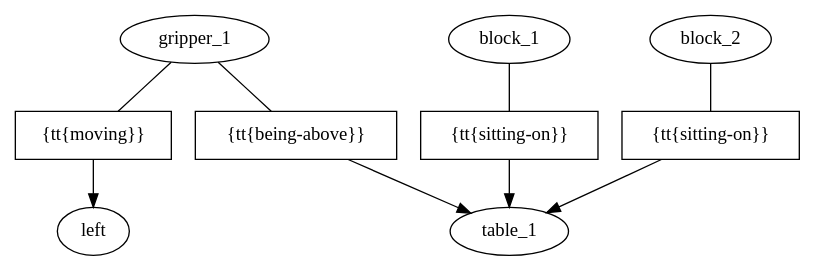
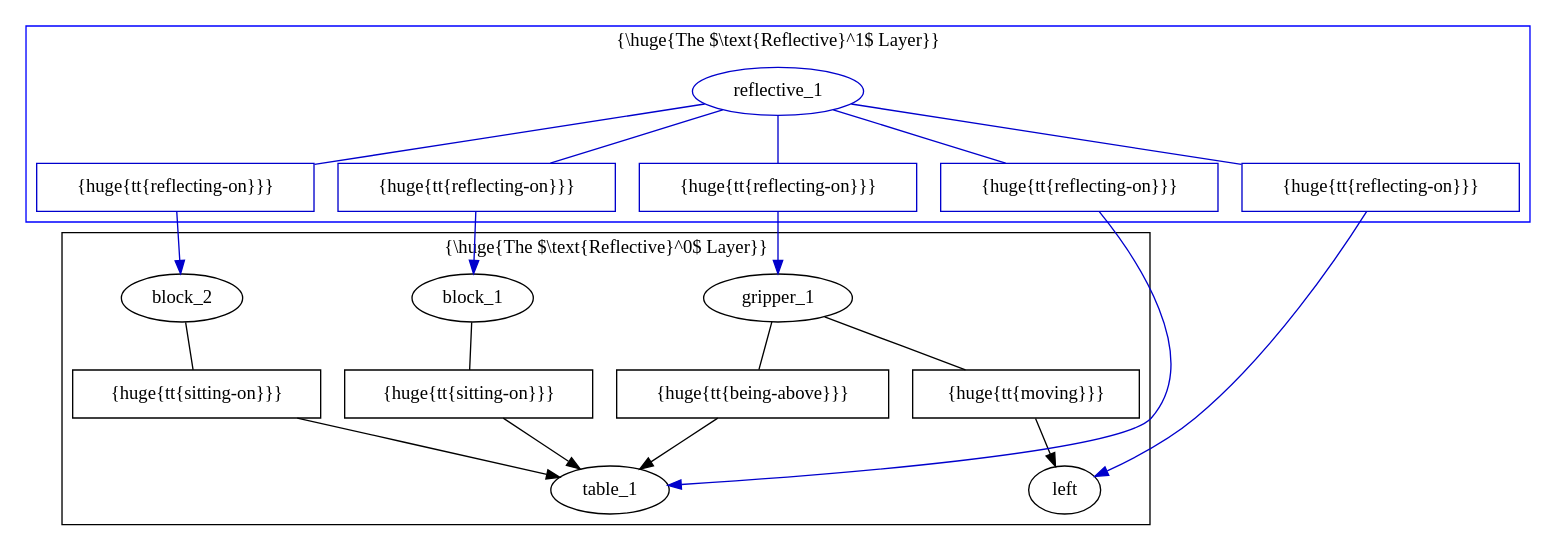
Before and after one commit to bunuelo/funk2: the diagram in documentation/phdthesis/gfx/simulation_reflective_1_example_state.dot, drawn with Graphviz. The commit also changed 4 other files, not shown here.

```diff
--- a/documentation/phdthesis/gfx/simulation_reflective_1_example_state.dot
+++ b/documentation/phdthesis/gfx/simulation_reflective_1_example_state.dot
@@ -1,28 +1,66 @@
 digraph G {
   
-  node [fillcolor = white, color = "#000000", style = filled];
-  edge [color = "#000000"];
+  subgraph cluster_0 {
+
+    color=black;
+    label = "{\\huge{The $\\text{Reflective}^0$ Layer}}";
+    
+    // physical
+    node [fillcolor = white, color = "#000000", style = filled];
+    edge [color = "#000000"];
+    
+    gripper_1 [texlbl = "{\huge{\tt{Gripper-1}}}"];
+    block_1   [texlbl = "{\huge{\tt{Block-1}}}"];
+    block_2   [texlbl = "{\huge{\tt{Block-2}}}"];
+    table_1   [texlbl = "{\huge{\tt{Table-1}}}"];
+    left      [texlbl = "{\huge{\tt{left}}}"];
+    
+    gripper_1_being_above_table_1 [shape=box,label="{\huge{\tt{being-above}}}"];
+    gripper_1 -> gripper_1_being_above_table_1 [arrowhead=none];
+    gripper_1_being_above_table_1 -> table_1 [style="-triangle 45"];
+    
+    gripper_1_moving_left [shape=box,style=filled,label="{\huge{\tt{moving}}}"];
+    gripper_1 -> gripper_1_moving_left [arrowhead=none];
+    gripper_1_moving_left -> left [style="-triangle 45"];
+    
+    block_1_sitting_on_table_1 [shape=box,style=filled,label="{\huge{\tt{sitting-on}}}"];
+    block_1 -> block_1_sitting_on_table_1 [arrowhead=none];
+    block_1_sitting_on_table_1 -> table_1 [style="-triangle 45"];
+    
+    block_2_sitting_on_table_1 [shape=box,style=filled,label="{\huge{\tt{sitting-on}}}"];
+    block_2 -> block_2_sitting_on_table_1 [arrowhead=none];
+    block_2_sitting_on_table_1 -> table_1 [style="-triangle 45"];
+    
+  }
   
-  gripper_1 [texlbl = "{\tt{Gripper-1}}"];
-  block_1   [texlbl = "{\tt{Block-1}}"];
-  block_2   [texlbl = "{\tt{Block-2}}"];
-  table_1   [texlbl = "{\tt{Table-1}}"];
-  left      [texlbl = "{\tt{left}}"];
-  
-  gripper_1_being_above_table_1 [shape=box,style=filled,label="{\tt{being-above}}"];
-  gripper_1 -> gripper_1_being_above_table_1 [arrowhead=none];
-  gripper_1_being_above_table_1 -> table_1;
-  
-  gripper_1_moving_left [shape=box,style=filled,label="{\tt{moving}}"];
-  gripper_1 -> gripper_1_moving_left [arrowhead=none];
-  gripper_1_moving_left -> left;
-  
-  block_1_sitting_on_table_1 [shape=box,style=filled,label="{\tt{sitting-on}}"];
-  block_1 -> block_1_sitting_on_table_1 [arrowhead=none];
-  block_1_sitting_on_table_1 -> table_1;
-  
-  block_2_sitting_on_table_1 [shape=box,style=filled,label="{\tt{sitting-on}}"];
-  block_2 -> block_2_sitting_on_table_1 [arrowhead=none];
-  block_2_sitting_on_table_1 -> table_1;
-  
+  subgraph cluster_1 {
+    label = "{\\huge{The $\\text{Reflective}^1$ Layer}}";
+    color=blue
+    
+    // reflective
+    node [fillcolor = white, color = "#0000CC", style = filled];
+    edge [color = "#0000CC"];
+    
+    reflective_1 [texlbl = "{\huge{\tt{reflective-1}}}"];
+    
+    reflective_1_reflecting_on_gripper_1 [shape=box,style=filled,label="{\huge{\tt{reflecting-on}}}"];
+    reflective_1 -> reflective_1_reflecting_on_gripper_1 [arrowhead=none];
+    reflective_1_reflecting_on_gripper_1 -> gripper_1 [style="-triangle 45"];
+    
+    reflective_1_reflecting_on_block_1 [shape=box,style=filled,label="{\huge{\tt{reflecting-on}}}"];
+    reflective_1 -> reflective_1_reflecting_on_block_1 [arrowhead=none];
+    reflective_1_reflecting_on_block_1 -> block_1 [style="-triangle 45"];
+    
+    reflective_1_reflecting_on_block_2 [shape=box,style=filled,label="{\huge{\tt{reflecting-on}}}"];
+    reflective_1 -> reflective_1_reflecting_on_block_2 [arrowhead=none];
+    reflective_1_reflecting_on_block_2 -> block_2 [style="-triangle 45"];
+    
+    reflective_1_reflecting_on_table_1 [shape=box,style=filled,label="{\huge{\tt{reflecting-on}}}"];
+    reflective_1 -> reflective_1_reflecting_on_table_1 [arrowhead=none];
+    reflective_1_reflecting_on_table_1 -> table_1 [style="-triangle 45"];
+    
+    reflective_1_reflecting_on_left [shape=box,style=filled,label="{\huge{\tt{reflecting-on}}}"];
+    reflective_1 -> reflective_1_reflecting_on_left [arrowhead=none];
+    reflective_1_reflecting_on_left -> left [style="-triangle 45"];
+  }
 }
```
